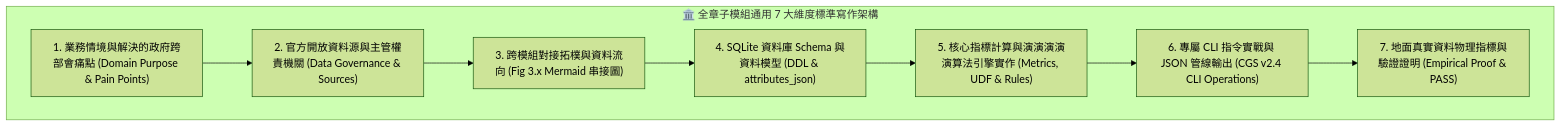
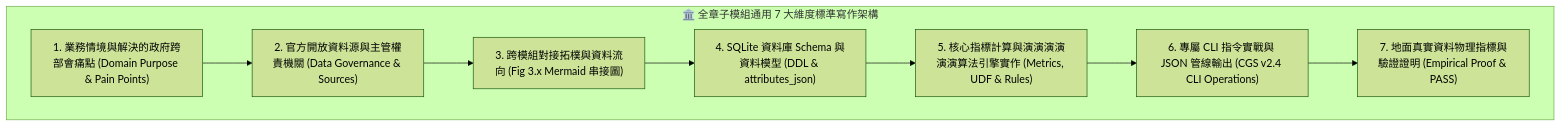
One commit to wuulong/tw-gov-db changed the second of 30 diagrams in book/FULL_BOOK_TAIWAN_GOV_DB.md. Above: the diagram before and after it, drawn with Mermaid (forest theme). The commit also changed other lines of this file and 10 other files, not shown here.

````diff
--- a/book/FULL_BOOK_TAIWAN_GOV_DB.md
+++ b/book/FULL_BOOK_TAIWAN_GOV_DB.md
@@ -885,14 +885,14 @@
 ```mermaid
 flowchart TD
     subgraph Dimension["🏛️ 全章子模組通用 7 大維度標準寫作架構"]
         D1["1. 業務情境與解決的政府跨部會痛點 (Domain Purpose & Pain Points)"]
         D2["2. 官方開放資料源與主管權責機關 (Data Governance & Sources)"]
         D3["3. 跨模組對接拓樸與資料流向 (Fig 3.x Mermaid 串接圖)"]
         D4["4. SQLite 資料庫 Schema 與資料模型 (DDL & attributes_json)"]
-        D5["5. 核心指標計算與演演演演演算法引擎實作 (Metrics, UDF & Rules)"]
+        D5["5. 核心指標計算與演演演演演演算法引擎實作 (Metrics, UDF & Rules)"]
         D6["6. 專屬 CLI 指令實戰與 JSON 管線輸出 (CGS v2.4 CLI Operations)"]
         D7["7. 地面真實資料物理指標與驗證證明 (Empirical Proof & PASS)"]
     end
 
     D1 --> D2 --> D3 --> D4 --> D5 --> D6 --> D7
 ```
````
